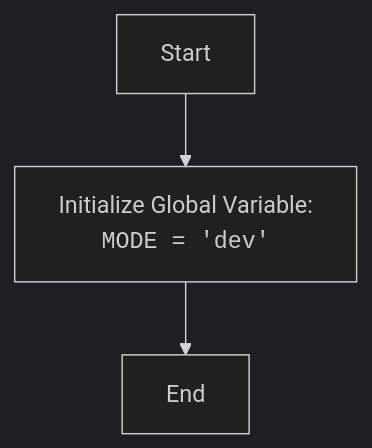
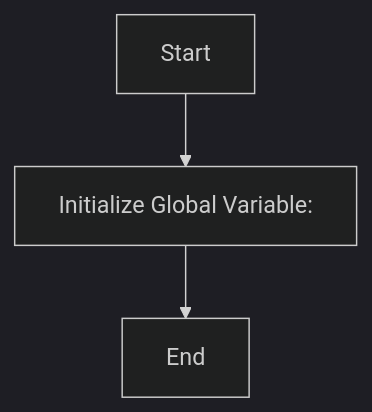
Before and after one commit to hypo69/hypo: the diagram in docs/gemini/ru/explainer/src/ai/myai/traffic_light.py.md, drawn with Mermaid (dark theme). The commit also changed 6031 other files, not shown here.

````diff
--- a/docs/gemini/ru/explainer/src/ai/myai/traffic_light.py.md
+++ b/docs/gemini/ru/explainer/src/ai/myai/traffic_light.py.md
@@ -9,5 +9,5 @@
 ```mermaid
 flowchart TD
-    Start --> InitializeMode[Initialize Global Variable:<br><code>MODE = 'dev'</code>]
+    Start --> InitializeMode[Initialize Global Variable:<br><code></code>]
     InitializeMode --> End
 ```
````
